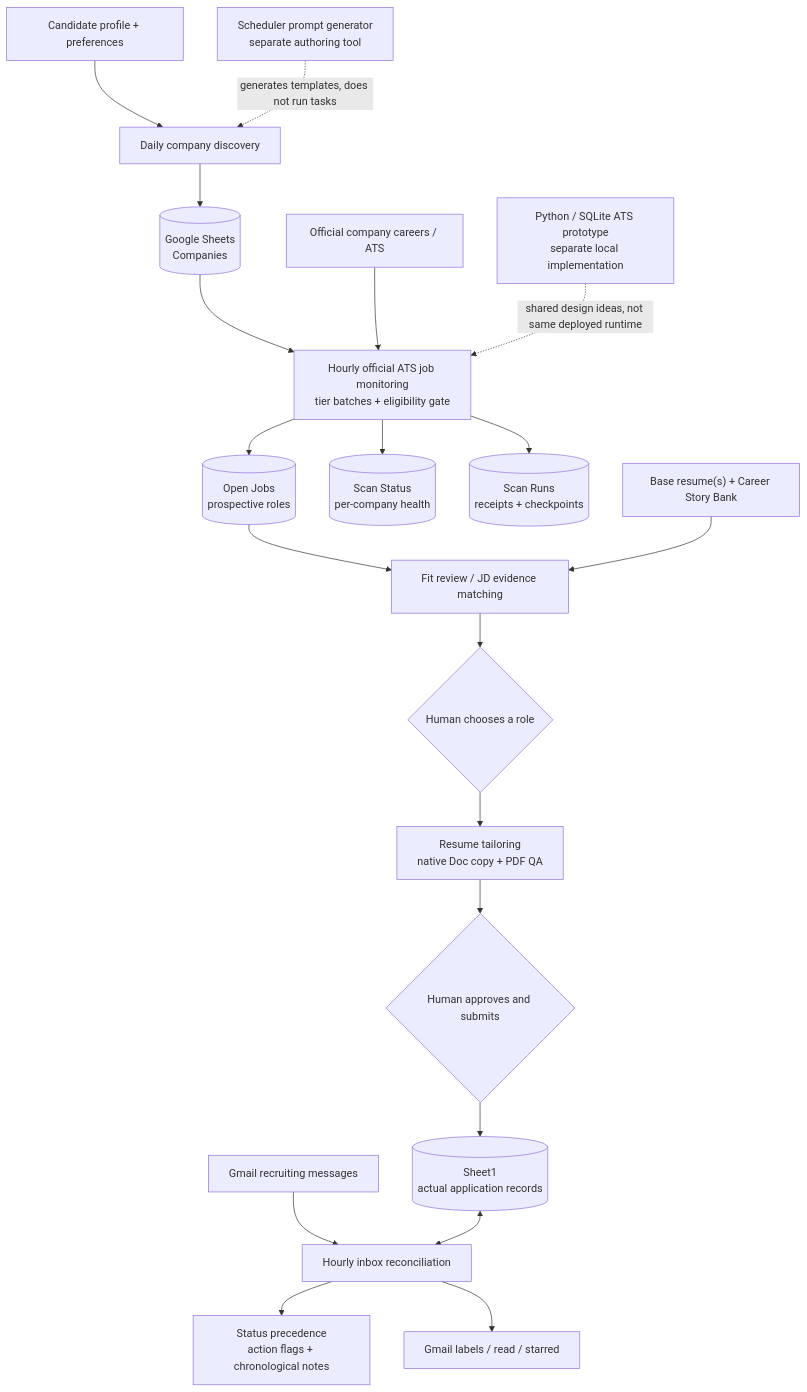
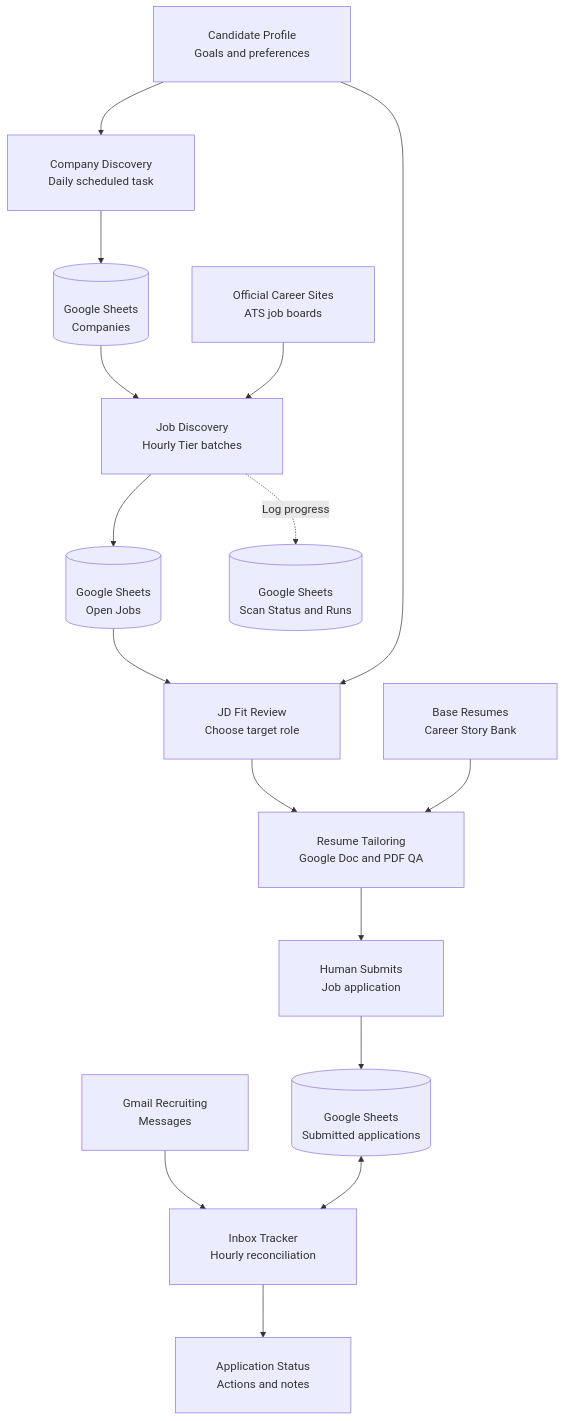
The diagram in README.md (sophiesun7119/ai-job-application-lifecycle), drawn with Mermaid before and after one commit. The commit also changed other lines of this file and 3 other files, not shown here.

Commit message:
docs: improve lifecycle Mermaid readability and add full workflow guide

````diff
--- a/README.md
+++ b/README.md
@@ -23,22 +27,32 @@
 ```mermaid
-flowchart TD
-    U["Candidate profile + preferences"] --> CD["Daily company discovery"]
-    CD --> C[("Google Sheets<br/>Companies")]
-    C --> JD["Hourly official ATS job monitoring<br/>tier batches + eligibility gate"]
-    W["Official company careers / ATS"] --> JD
-    JD --> J[("Open Jobs<br/>prospective roles")]
-    JD --> S[("Scan Status<br/>per-company health")]
-    JD --> R[("Scan Runs<br/>receipts + checkpoints")]
-    J --> M["Fit review / JD evidence matching"]
-    P["Base resume(s) + Career Story Bank"] --> M
-    M --> CH{"Human chooses a role"}
-    CH --> T["Resume tailoring<br/>native Doc copy + PDF QA"]
-    T --> HA{"Human approves and submits"}
-    HA --> A[("Sheet1<br/>actual application records")]
-    GM["Gmail recruiting messages"] --> IT["Hourly inbox reconciliation"]
-    A <--> IT
-    IT --> G["Status precedence<br/>action flags + chronological notes"]
-    IT --> ML["Gmail labels / read / starred"]
-    D1["Python / SQLite ATS prototype<br/>separate local implementation"] -. "shared design ideas, not same deployed runtime" .-> JD
-    D2["Scheduler prompt generator<br/>separate authoring tool"] -. "generates templates, does not run tasks" .-> CD
+%%{init: {"flowchart": {"nodeSpacing": 64, "rankSpacing": 78, "padding": 30}, "themeVariables": {"fontSize": "17px"}}}%%
+flowchart TB
+    PROFILE["Candidate Profile<br/>Goals and preferences"]
+    CD["Company Discovery<br/>Daily scheduled task"]
+    COMPANIES[("Google Sheets<br/>Companies")]
+    ATS["Official Career Sites<br/>ATS job boards"]
+    JD["Job Discovery<br/>Hourly Tier batches"]
+    JOBS[("Google Sheets<br/>Open Jobs")]
+    LOGS[("Google Sheets<br/>Scan Status and Runs")]
+    REVIEW["JD Fit Review<br/>Choose target role"]
+    SOURCES["Base Resumes<br/>Career Story Bank"]
+    TAILOR["Resume Tailoring<br/>Google Doc and PDF QA"]
+    SUBMIT["Human Submits<br/>Job application"]
+    APPS[("Google Sheets<br/>Submitted applications")]
+    GMAIL["Gmail Recruiting<br/>Messages"]
+    INBOX["Inbox Tracker<br/>Hourly reconciliation"]
+    ACTIONS["Application Status<br/>Actions and notes"]
+
+    PROFILE --> CD --> COMPANIES --> JD
+    ATS --> JD
+    JD --> JOBS
+    JD -. "Log progress" .-> LOGS
+    JOBS --> REVIEW
+    PROFILE --> REVIEW
+    REVIEW --> TAILOR
+    SOURCES --> TAILOR
+    TAILOR --> SUBMIT --> APPS
+    GMAIL --> INBOX
+    APPS <--> INBOX
+    INBOX --> ACTIONS
 ```
````
